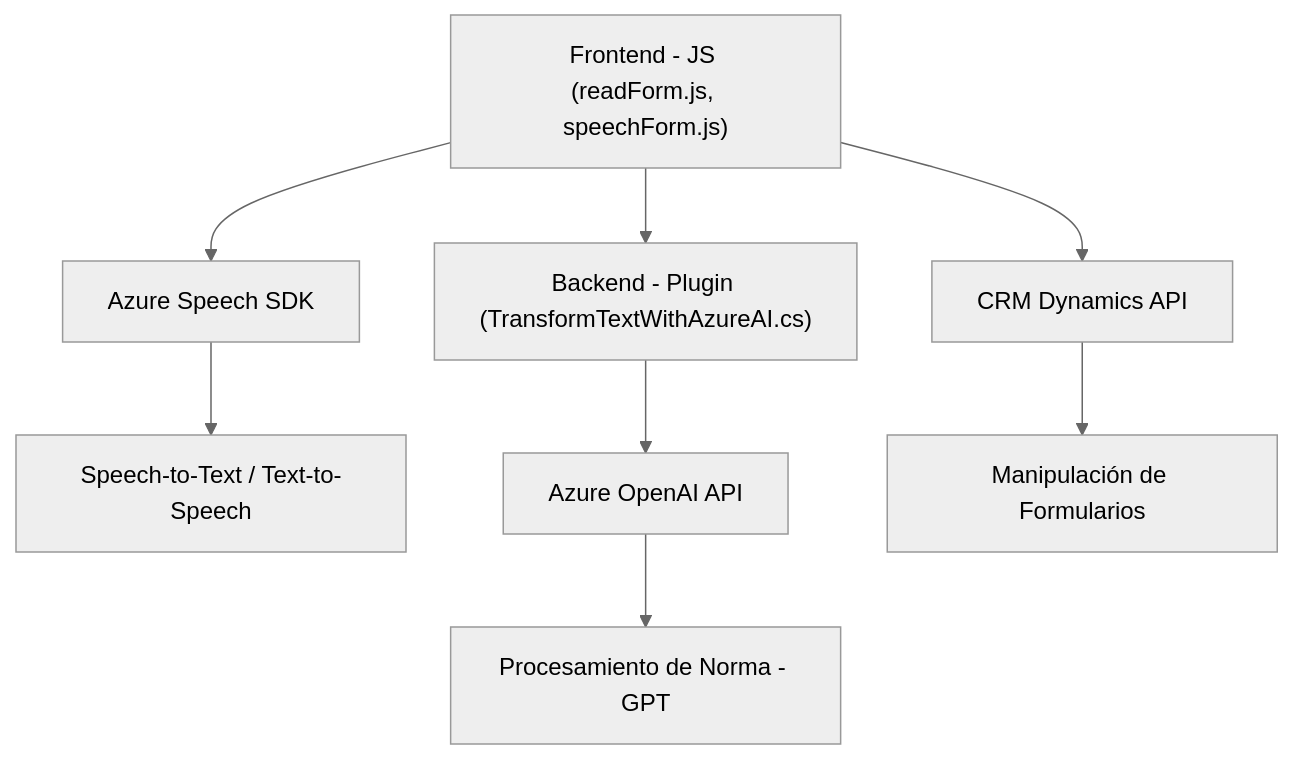
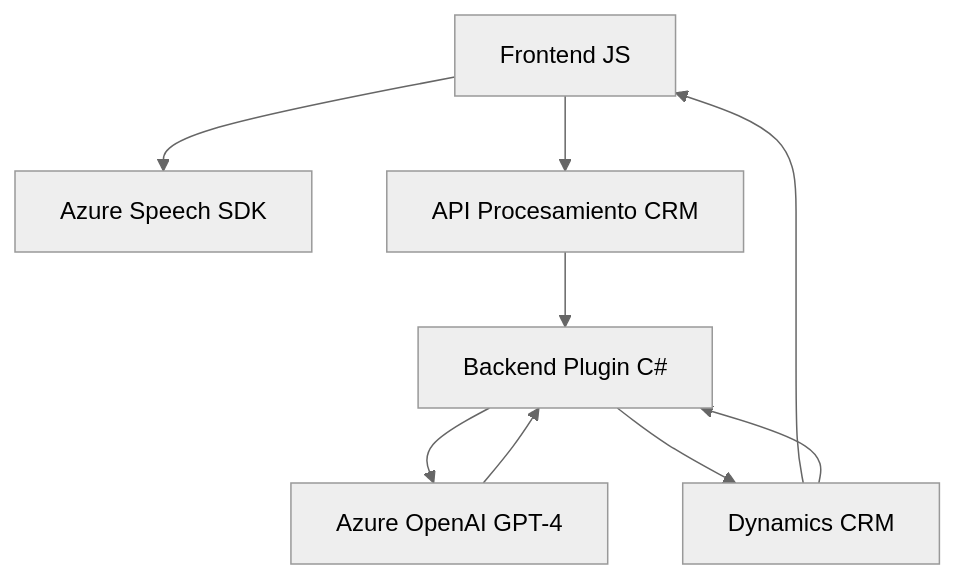
Before and after one commit to blopezdm/NETCORE_BILBAO2025: the diagram in README.md, drawn with Mermaid (neutral theme). The commit also changed other lines of this file, not shown here.

````diff
--- a/README.md
+++ b/README.md
@@ -43,11 +62,18 @@
 ```mermaid
 graph TD
-    A["Frontend - JS (readForm.js, speechForm.js)"] --> B["Azure Speech SDK"]
-    A --> C["Backend - Plugin (TransformTextWithAzureAI.cs)"]
-    B --> D["Speech-to-Text / Text-to-Speech"]
-    C --> E["Azure OpenAI API"]
-    E --> F["Procesamiento de Norma - GPT"]
-    A --> G["CRM Dynamics API"]
-    G --> H["Manipulación de Formularios"]
+    A["Frontend JS"]
+    B["Azure Speech SDK"]
+    C["API Procesamiento CRM"]
+    D["Backend Plugin C#"]
+    E["Azure OpenAI GPT-4"]
+    F["Dynamics CRM"]
 
+    A --> B
+    A --> C
+    C --> D
+    D --> E
+    D --> F
+    E --> D
+    F --> A
+    F --> D
 ```
````
